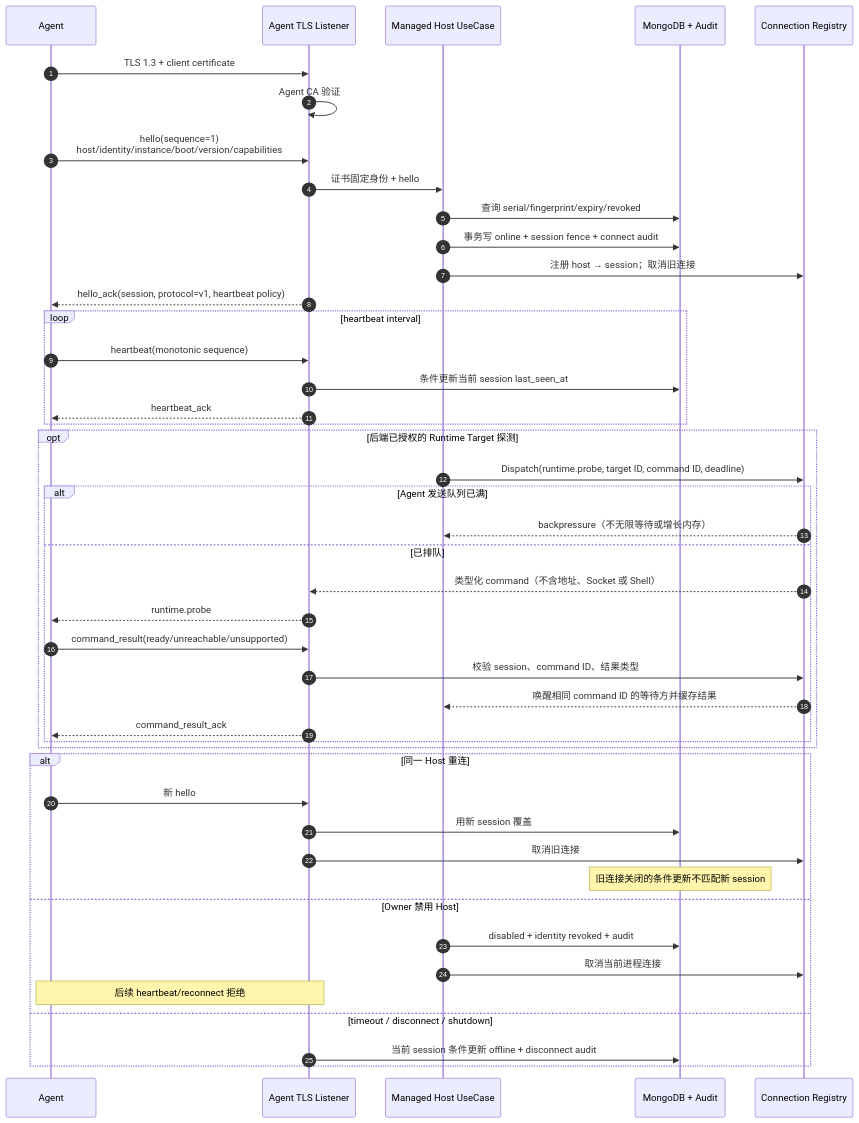
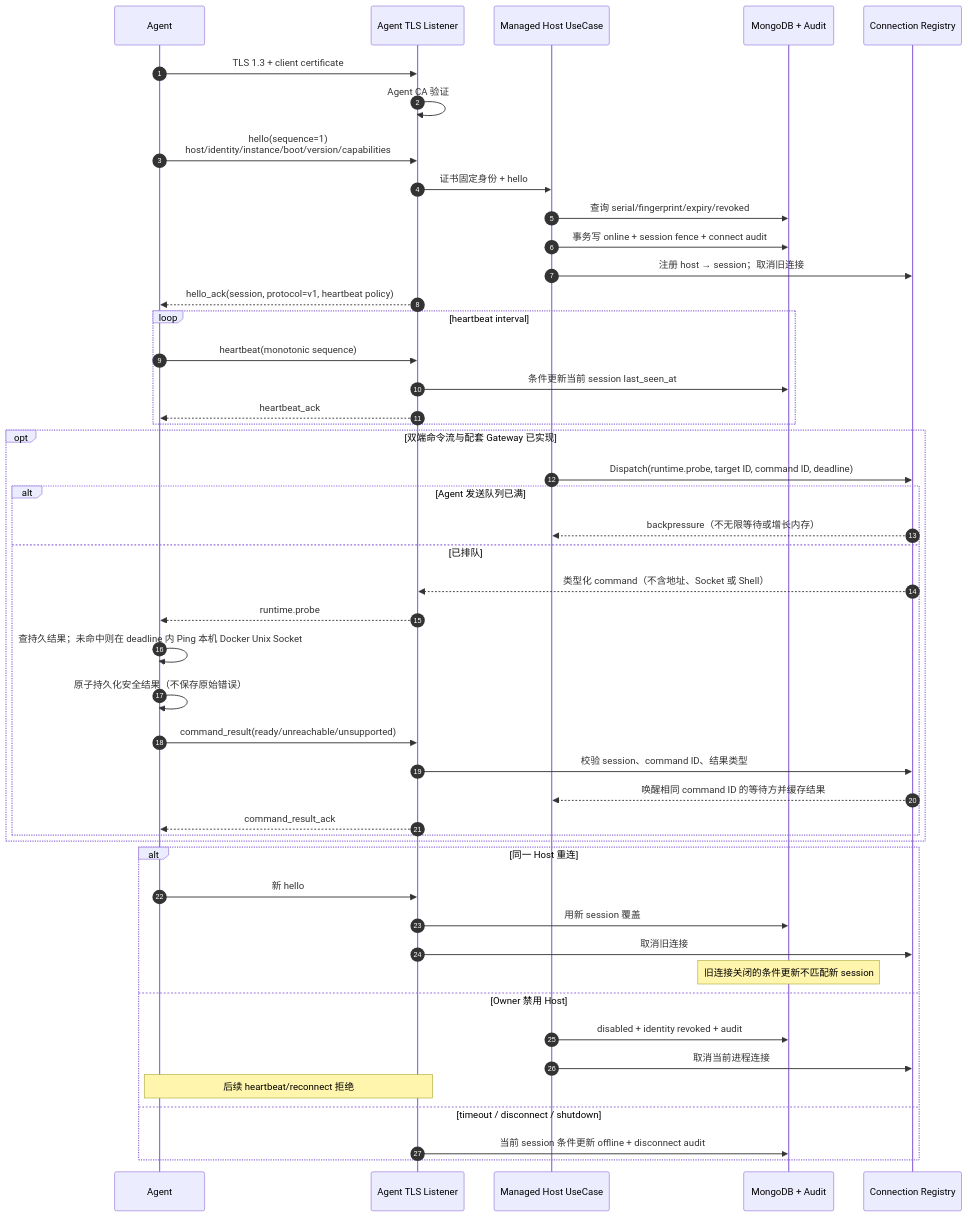
The ninth of 11 diagrams in docs/flows.md (owndock/owndock), drawn with Mermaid before and after one commit. The commit also changed other lines of this file and 108 other files, not shown here.

````diff
--- a/docs/flows.md
+++ b/docs/flows.md
@@ -239,48 +279,50 @@
 ```mermaid
 sequenceDiagram
     autonumber
     participant A as Agent
     participant TLS as Agent TLS Listener
     participant U as Managed Host UseCase
     participant DB as MongoDB + Audit
     participant R as Connection Registry
 
     A->>TLS: TLS 1.3 + client certificate
     TLS->>TLS: Agent CA 验证
     A->>TLS: hello(sequence=1)<br/>host/identity/instance/boot/version/capabilities
     TLS->>U: 证书固定身份 + hello
     U->>DB: 查询 serial/fingerprint/expiry/revoked
     U->>DB: 事务写 online + session fence + connect audit
     U->>R: 注册 host → session；取消旧连接
     TLS-->>A: hello_ack(session, protocol=v1, heartbeat policy)
     loop heartbeat interval
         A->>TLS: heartbeat(monotonic sequence)
         TLS->>DB: 条件更新当前 session last_seen_at
         TLS-->>A: heartbeat_ack
     end
-    opt 后端已授权的 Runtime Target 探测
+    opt 双端命令流与配套 Gateway 已实现
         U->>R: Dispatch(runtime.probe, target ID, command ID, deadline)
         alt Agent 发送队列已满
             R-->>U: backpressure（不无限等待或增长内存）
         else 已排队
             R-->>TLS: 类型化 command（不含地址、Socket 或 Shell）
             TLS-->>A: runtime.probe
+            A->>A: 查持久结果；未命中则在 deadline 内 Ping 本机 Docker Unix Socket
+            A->>A: 原子持久化安全结果（不保存原始错误）
             A->>TLS: command_result(ready/unreachable/unsupported)
             TLS->>R: 校验 session、command ID、结果类型
             R-->>U: 唤醒相同 command ID 的等待方并缓存结果
             TLS-->>A: command_result_ack
         end
     end
     alt 同一 Host 重连
         A->>TLS: 新 hello
         TLS->>DB: 用新 session 覆盖
         TLS->>R: 取消旧连接
         Note over DB: 旧连接关闭的条件更新不匹配新 session
     else Owner 禁用 Host
         U->>DB: disabled + identity revoked + audit
         U->>R: 取消当前进程连接
         Note over A,TLS: 后续 heartbeat/reconnect 拒绝
     else timeout / disconnect / shutdown
         TLS->>DB: 当前 session 条件更新 offline + disconnect audit
     end
 ```
````
